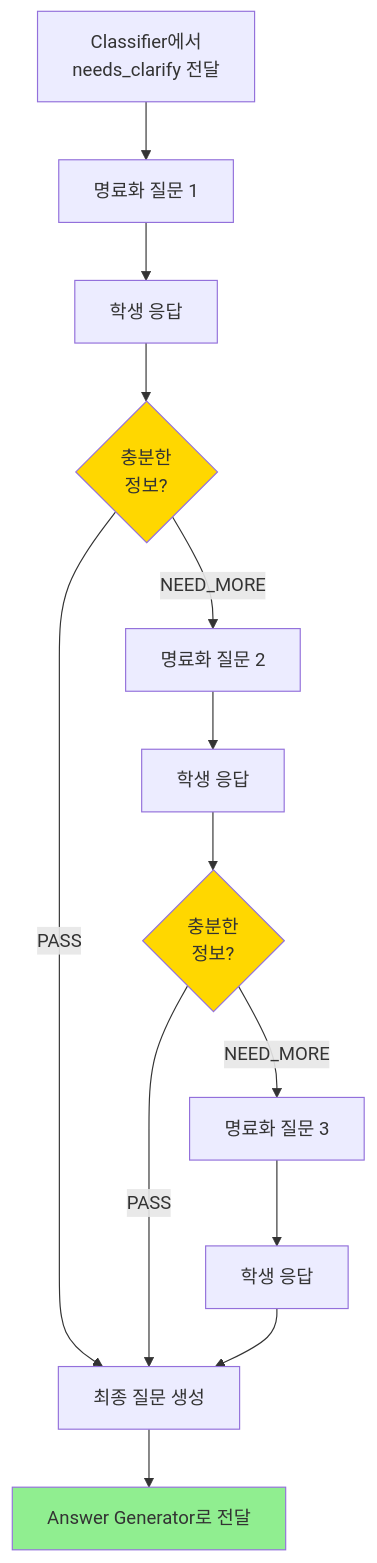
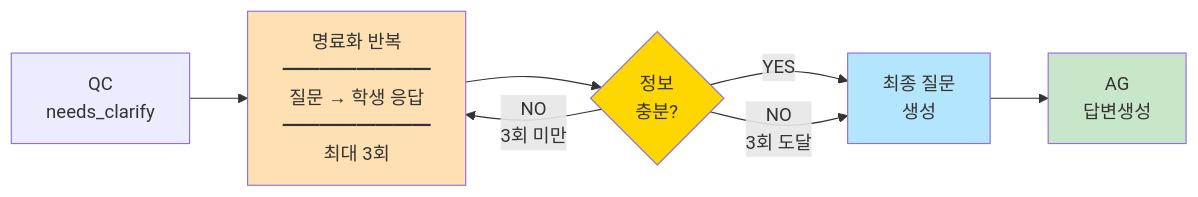
One commit to KimKyuBong/maice-paper-deploy changed the fifth of 6 diagrams in docs/chapters/03-system-design.md. Above: the diagram before and after it, drawn with Mermaid. The commit also changed other lines of this file and 79 other files, not shown here.

````diff
--- a/docs/chapters/03-system-design.md
+++ b/docs/chapters/03-system-design.md
@@ -419,19 +295,14 @@
 ```mermaid
-flowchart TD
-    C[Classifier에서<br/>needs_clarify 전달] --> Q1[명료화 질문 1]
-    Q1 --> S1[학생 응답]
-    S1 --> E1{충분한<br/>정보?}
-    E1 -->|PASS| F[최종 질문 생성]
-    E1 -->|NEED_MORE| Q2[명료화 질문 2]
-    Q2 --> S2[학생 응답]
-    S2 --> E2{충분한<br/>정보?}
-    E2 -->|PASS| F
-    E2 -->|NEED_MORE| Q3[명료화 질문 3]
-    Q3 --> S3[학생 응답]
-    S3 --> F
-    F --> AG[Answer Generator로 전달]
+flowchart LR
+    C[QC<br/>needs_clarify] --> Loop["명료화 반복<br/>━━━━━━━━<br/>질문 → 학생 응답<br/>━━━━━━━━<br/>최대 3회"]
+    Loop --> E{정보<br/>충분?}
+    E -->|YES| F[최종 질문<br/>생성]
+    E -->|NO<br/>3회 미만| Loop
+    E -->|NO<br/>3회 도달| F
+    F --> AG[AG<br/>답변생성]
     
-    style E1 fill:#FFD700
-    style E2 fill:#FFD700
-    style AG fill:#90EE90
+    style Loop fill:#FFE0B2
+    style E fill:#FFD700
+    style F fill:#B3E5FC
+    style AG fill:#C8E6C9
 ```
````
